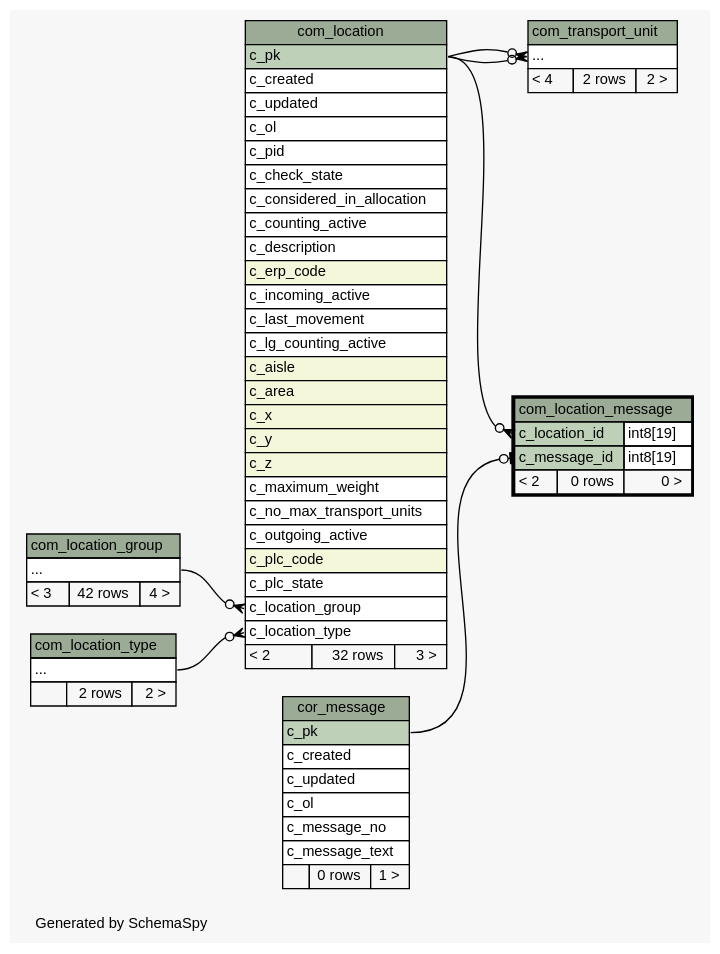
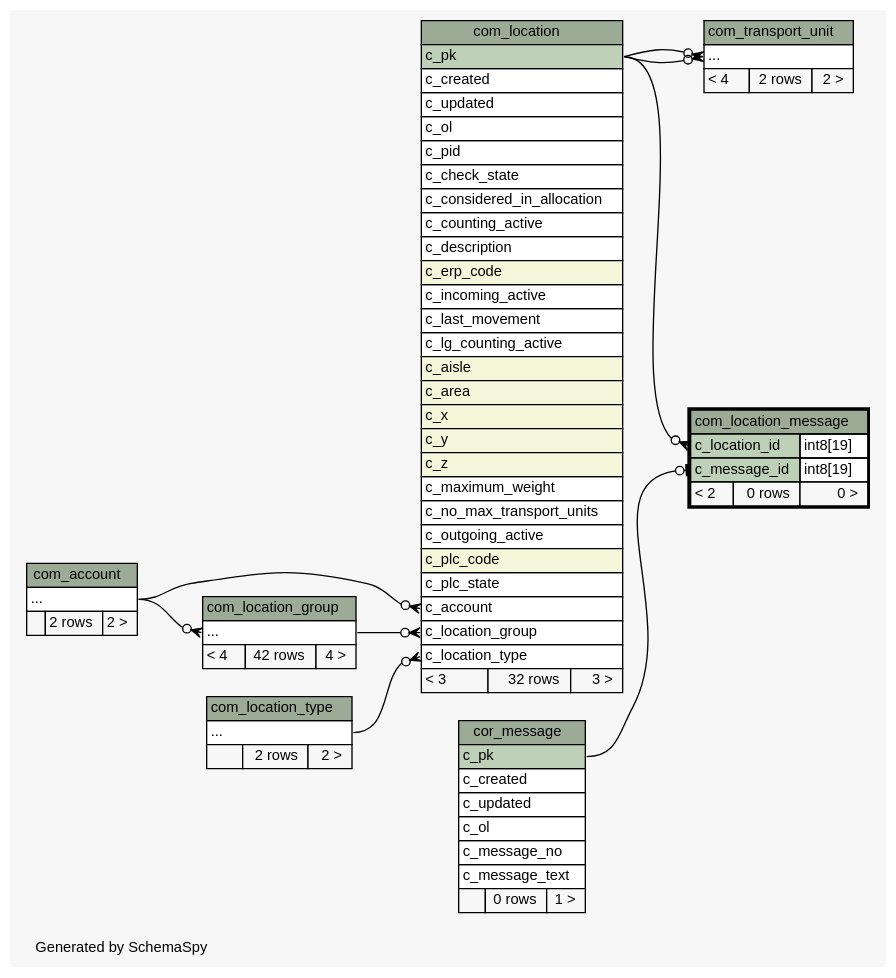
Before and after one commit to openwms/org.openwms.common.service.lib: the diagram in schemaspy/diagrams/com_location_message.2degrees.dot, drawn with Graphviz. The commit also changed 516 other files, not shown here.

```diff
--- a/schemaspy/diagrams/com_location_message.2degrees.dot
+++ b/schemaspy/diagrams/com_location_message.2degrees.dot
@@ -1,118 +1,131 @@
 // dot 2.36.0 on Linux 4.4.0-101-generic
 // SchemaSpy rev Unknown
 digraph "twoDegreesRelationshipsDiagram" {
   graph [
     rankdir="RL"
     bgcolor="#f7f7f7"
     label="\nGenerated by SchemaSpy"
     labeljust="l"
     nodesep="0.18"
     ranksep="0.46"
     fontname="Helvetica"
     fontsize="11"
   ];
   node [
     fontname="Helvetica"
     fontsize="11"
     shape="plaintext"
   ];
   edge [
     arrowsize="0.8"
   ];
+  "com_location":"c_account":w -> "com_account":"elipses":e [arrowhead=none dir=back arrowtail=crowodot];
   "com_location":"c_location_group":w -> "com_location_group":"elipses":e [arrowhead=none dir=back arrowtail=crowodot];
   "com_location":"c_location_type":w -> "com_location_type":"elipses":e [arrowhead=none dir=back arrowtail=crowodot];
+  "com_location_group":"elipses":w -> "com_account":"elipses":e [arrowhead=none dir=back arrowtail=crowodot];
   "com_location_message":"c_location_id":w -> "com_location":"c_pk":e [arrowhead=none dir=back arrowtail=crowodot];
   "com_location_message":"c_message_id":w -> "cor_message":"c_pk":e [arrowhead=none dir=back arrowtail=teeodot];
   "com_transport_unit":"elipses":w -> "com_location":"c_pk":e [arrowhead=none dir=back arrowtail=crowodot];
   "com_transport_unit":"elipses":w -> "com_location":"c_pk":e [arrowhead=none dir=back arrowtail=crowodot];
+  "com_account" [
+    label=<
+    <TABLE BORDER="0" CELLBORDER="1" CELLSPACING="0" BGCOLOR="#ffffff">
+      <TR><TD COLSPAN="3" BGCOLOR="#9bab96" ALIGN="CENTER">com_account</TD></TR>
+      <TR><TD PORT="elipses" COLSPAN="3" ALIGN="LEFT">...</TD></TR>
+      <TR><TD ALIGN="LEFT" BGCOLOR="#f7f7f7">  </TD><TD ALIGN="RIGHT" BGCOLOR="#f7f7f7">2 rows</TD><TD ALIGN="RIGHT" BGCOLOR="#f7f7f7">2 &gt;</TD></TR>
+    </TABLE>>
+    URL="com_account.html"
+    tooltip="com_account"
+  ];
   "com_location" [
     label=<
     <TABLE BORDER="0" CELLBORDER="1" CELLSPACING="0" BGCOLOR="#ffffff">
       <TR><TD COLSPAN="3" BGCOLOR="#9bab96" ALIGN="CENTER">com_location</TD></TR>
       <TR><TD PORT="c_pk" COLSPAN="3" BGCOLOR="#bed1b8" ALIGN="LEFT">c_pk</TD></TR>
       <TR><TD PORT="c_created" COLSPAN="3" ALIGN="LEFT">c_created</TD></TR>
       <TR><TD PORT="c_updated" COLSPAN="3" ALIGN="LEFT">c_updated</TD></TR>
       <TR><TD PORT="c_ol" COLSPAN="3" ALIGN="LEFT">c_ol</TD></TR>
       <TR><TD PORT="c_pid" COLSPAN="3" ALIGN="LEFT">c_pid</TD></TR>
       <TR><TD PORT="c_check_state" COLSPAN="3" ALIGN="LEFT">c_check_state</TD></TR>
       <TR><TD PORT="c_considered_in_allocation" COLSPAN="3" ALIGN="LEFT">c_considered_in_allocation</TD></TR>
       <TR><TD PORT="c_counting_active" COLSPAN="3" ALIGN="LEFT">c_counting_active</TD></TR>
       <TR><TD PORT="c_description" COLSPAN="3" ALIGN="LEFT">c_description</TD></TR>
       <TR><TD PORT="c_erp_code" COLSPAN="3" BGCOLOR="#f4f7da" ALIGN="LEFT">c_erp_code</TD></TR>
       <TR><TD PORT="c_incoming_active" COLSPAN="3" ALIGN="LEFT">c_incoming_active</TD></TR>
       <TR><TD PORT="c_last_movement" COLSPAN="3" ALIGN="LEFT">c_last_movement</TD></TR>
       <TR><TD PORT="c_lg_counting_active" COLSPAN="3" ALIGN="LEFT">c_lg_counting_active</TD></TR>
       <TR><TD PORT="c_aisle" COLSPAN="3" BGCOLOR="#f4f7da" ALIGN="LEFT">c_aisle</TD></TR>
       <TR><TD PORT="c_area" COLSPAN="3" BGCOLOR="#f4f7da" ALIGN="LEFT">c_area</TD></TR>
       <TR><TD PORT="c_x" COLSPAN="3" BGCOLOR="#f4f7da" ALIGN="LEFT">c_x</TD></TR>
       <TR><TD PORT="c_y" COLSPAN="3" BGCOLOR="#f4f7da" ALIGN="LEFT">c_y</TD></TR>
       <TR><TD PORT="c_z" COLSPAN="3" BGCOLOR="#f4f7da" ALIGN="LEFT">c_z</TD></TR>
       <TR><TD PORT="c_maximum_weight" COLSPAN="3" ALIGN="LEFT">c_maximum_weight</TD></TR>
       <TR><TD PORT="c_no_max_transport_units" COLSPAN="3" ALIGN="LEFT">c_no_max_transport_units</TD></TR>
       <TR><TD PORT="c_outgoing_active" COLSPAN="3" ALIGN="LEFT">c_outgoing_active</TD></TR>
       <TR><TD PORT="c_plc_code" COLSPAN="3" BGCOLOR="#f4f7da" ALIGN="LEFT">c_plc_code</TD></TR>
       <TR><TD PORT="c_plc_state" COLSPAN="3" ALIGN="LEFT">c_plc_state</TD></TR>
+      <TR><TD PORT="c_account" COLSPAN="3" ALIGN="LEFT">c_account</TD></TR>
       <TR><TD PORT="c_location_group" COLSPAN="3" ALIGN="LEFT">c_location_group</TD></TR>
       <TR><TD PORT="c_location_type" COLSPAN="3" ALIGN="LEFT">c_location_type</TD></TR>
-      <TR><TD ALIGN="LEFT" BGCOLOR="#f7f7f7">&lt; 2</TD><TD ALIGN="RIGHT" BGCOLOR="#f7f7f7">32 rows</TD><TD ALIGN="RIGHT" BGCOLOR="#f7f7f7">3 &gt;</TD></TR>
+      <TR><TD ALIGN="LEFT" BGCOLOR="#f7f7f7">&lt; 3</TD><TD ALIGN="RIGHT" BGCOLOR="#f7f7f7">32 rows</TD><TD ALIGN="RIGHT" BGCOLOR="#f7f7f7">3 &gt;</TD></TR>
     </TABLE>>
     URL="com_location.html"
     tooltip="com_location"
   ];
   "com_location_group" [
     label=<
     <TABLE BORDER="0" CELLBORDER="1" CELLSPACING="0" BGCOLOR="#ffffff">
       <TR><TD COLSPAN="3" BGCOLOR="#9bab96" ALIGN="CENTER">com_location_group</TD></TR>
       <TR><TD PORT="elipses" COLSPAN="3" ALIGN="LEFT">...</TD></TR>
-      <TR><TD ALIGN="LEFT" BGCOLOR="#f7f7f7">&lt; 3</TD><TD ALIGN="RIGHT" BGCOLOR="#f7f7f7">42 rows</TD><TD ALIGN="RIGHT" BGCOLOR="#f7f7f7">4 &gt;</TD></TR>
+      <TR><TD ALIGN="LEFT" BGCOLOR="#f7f7f7">&lt; 4</TD><TD ALIGN="RIGHT" BGCOLOR="#f7f7f7">42 rows</TD><TD ALIGN="RIGHT" BGCOLOR="#f7f7f7">4 &gt;</TD></TR>
     </TABLE>>
     URL="com_location_group.html"
     tooltip="com_location_group"
   ];
   "com_location_message" [
     label=<
     <TABLE BORDER="2" CELLBORDER="1" CELLSPACING="0" BGCOLOR="#ffffff">
       <TR><TD COLSPAN="3" BGCOLOR="#9bab96" ALIGN="CENTER">com_location_message</TD></TR>
       <TR><TD PORT="c_location_id" COLSPAN="2" BGCOLOR="#bed1b8" ALIGN="LEFT">c_location_id</TD><TD PORT="c_location_id.type" ALIGN="LEFT">int8[19]</TD></TR>
       <TR><TD PORT="c_message_id" COLSPAN="2" BGCOLOR="#bed1b8" ALIGN="LEFT">c_message_id</TD><TD PORT="c_message_id.type" ALIGN="LEFT">int8[19]</TD></TR>
       <TR><TD ALIGN="LEFT" BGCOLOR="#f7f7f7">&lt; 2</TD><TD ALIGN="RIGHT" BGCOLOR="#f7f7f7">0 rows</TD><TD ALIGN="RIGHT" BGCOLOR="#f7f7f7">0 &gt;</TD></TR>
     </TABLE>>
     URL="com_location_message.html"
     tooltip="com_location_message"
   ];
   "com_location_type" [
     label=<
     <TABLE BORDER="0" CELLBORDER="1" CELLSPACING="0" BGCOLOR="#ffffff">
       <TR><TD COLSPAN="3" BGCOLOR="#9bab96" ALIGN="CENTER">com_location_type</TD></TR>
       <TR><TD PORT="elipses" COLSPAN="3" ALIGN="LEFT">...</TD></TR>
       <TR><TD ALIGN="LEFT" BGCOLOR="#f7f7f7">  </TD><TD ALIGN="RIGHT" BGCOLOR="#f7f7f7">2 rows</TD><TD ALIGN="RIGHT" BGCOLOR="#f7f7f7">2 &gt;</TD></TR>
     </TABLE>>
     URL="com_location_type.html"
     tooltip="com_location_type"
   ];
   "com_transport_unit" [
     label=<
     <TABLE BORDER="0" CELLBORDER="1" CELLSPACING="0" BGCOLOR="#ffffff">
       <TR><TD COLSPAN="3" BGCOLOR="#9bab96" ALIGN="CENTER">com_transport_unit</TD></TR>
       <TR><TD PORT="elipses" COLSPAN="3" ALIGN="LEFT">...</TD></TR>
       <TR><TD ALIGN="LEFT" BGCOLOR="#f7f7f7">&lt; 4</TD><TD ALIGN="RIGHT" BGCOLOR="#f7f7f7">2 rows</TD><TD ALIGN="RIGHT" BGCOLOR="#f7f7f7">2 &gt;</TD></TR>
     </TABLE>>
     URL="com_transport_unit.html"
     tooltip="com_transport_unit"
   ];
   "cor_message" [
     label=<
     <TABLE BORDER="0" CELLBORDER="1" CELLSPACING="0" BGCOLOR="#ffffff">
       <TR><TD COLSPAN="3" BGCOLOR="#9bab96" ALIGN="CENTER">cor_message</TD></TR>
       <TR><TD PORT="c_pk" COLSPAN="3" BGCOLOR="#bed1b8" ALIGN="LEFT">c_pk</TD></TR>
       <TR><TD PORT="c_created" COLSPAN="3" ALIGN="LEFT">c_created</TD></TR>
       <TR><TD PORT="c_updated" COLSPAN="3" ALIGN="LEFT">c_updated</TD></TR>
       <TR><TD PORT="c_ol" COLSPAN="3" ALIGN="LEFT">c_ol</TD></TR>
       <TR><TD PORT="c_message_no" COLSPAN="3" ALIGN="LEFT">c_message_no</TD></TR>
       <TR><TD PORT="c_message_text" COLSPAN="3" ALIGN="LEFT">c_message_text</TD></TR>
       <TR><TD ALIGN="LEFT" BGCOLOR="#f7f7f7">  </TD><TD ALIGN="RIGHT" BGCOLOR="#f7f7f7">0 rows</TD><TD ALIGN="RIGHT" BGCOLOR="#f7f7f7">1 &gt;</TD></TR>
     </TABLE>>
     URL="cor_message.html"
     tooltip="cor_message"
   ];
 }
```
